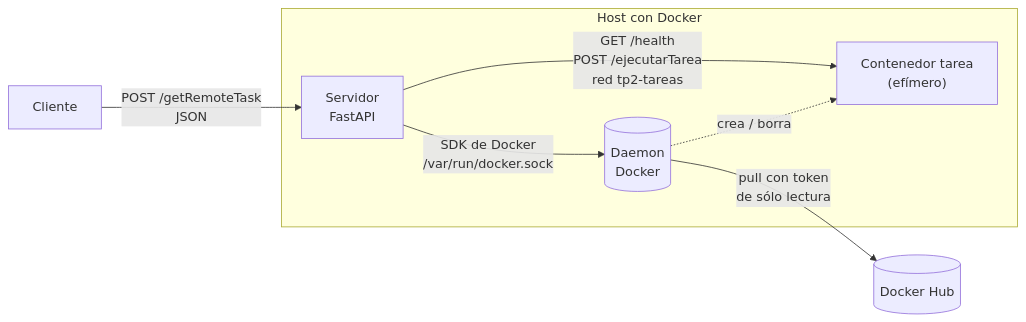
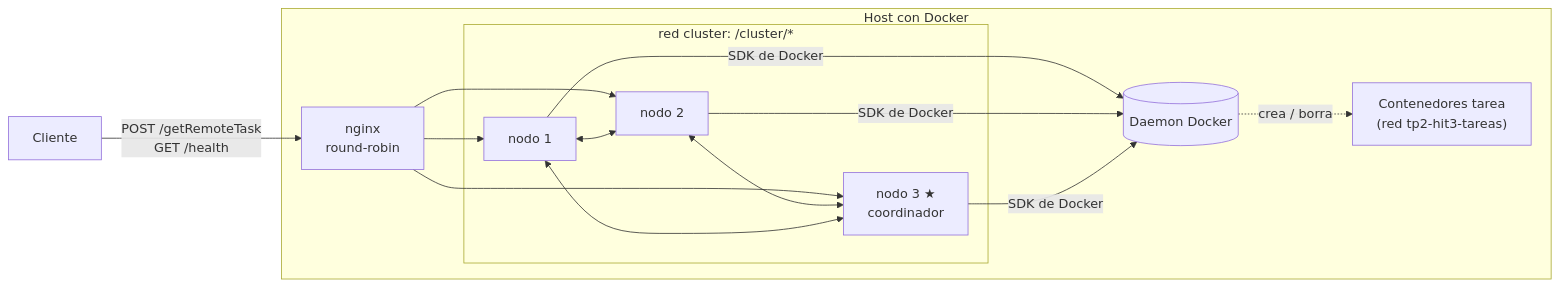
The first of 5 diagrams in hit3/README.md (chimera-sdypp/sdypp_tp2), drawn with Mermaid before and after one commit. The commit also changed other lines of this file and 3 other files, not shown here.

First line of the commit message:
docs(hit3): informe del cluster, la elección Bully y la recuperación

````diff
--- a/hit3/README.md
+++ b/hit3/README.md
@@ -80,10 +77,13 @@
 ```mermaid
 flowchart LR
-    C[Cliente] -- "POST /getRemoteTask<br/>JSON" --> S
+    C[Cliente] -- "POST /getRemoteTask<br/>GET /health" --> N
     subgraph H[Host con Docker]
-        S["Servidor<br/>FastAPI"] -- "SDK de Docker<br/>/var/run/docker.sock" --> D[(Daemon<br/>Docker)]
-        D -. "crea / borra" .-> T["Contenedor tarea<br/>(efímero)"]
-        S -- "GET /health<br/>POST /ejecutarTarea<br/>red tp2-tareas" --> T
+        N["nginx<br/>round-robin"] --> N1 & N2 & N3
+        subgraph CL[red cluster: /cluster/*]
+            N1["nodo 1"] <--> N2["nodo 2"] <--> N3["nodo 3 ★<br/>coordinador"]
+            N1 <--> N3
+        end
+        N1 & N2 & N3 -- "SDK de Docker" --> D[(Daemon Docker)]
+        D -. "crea / borra" .-> T["Contenedores tarea<br/>(red tp2-hit3-tareas)"]
     end
-    D -- "pull con token<br/>de sólo lectura" --> R[(Docker Hub)]
 ```
````
